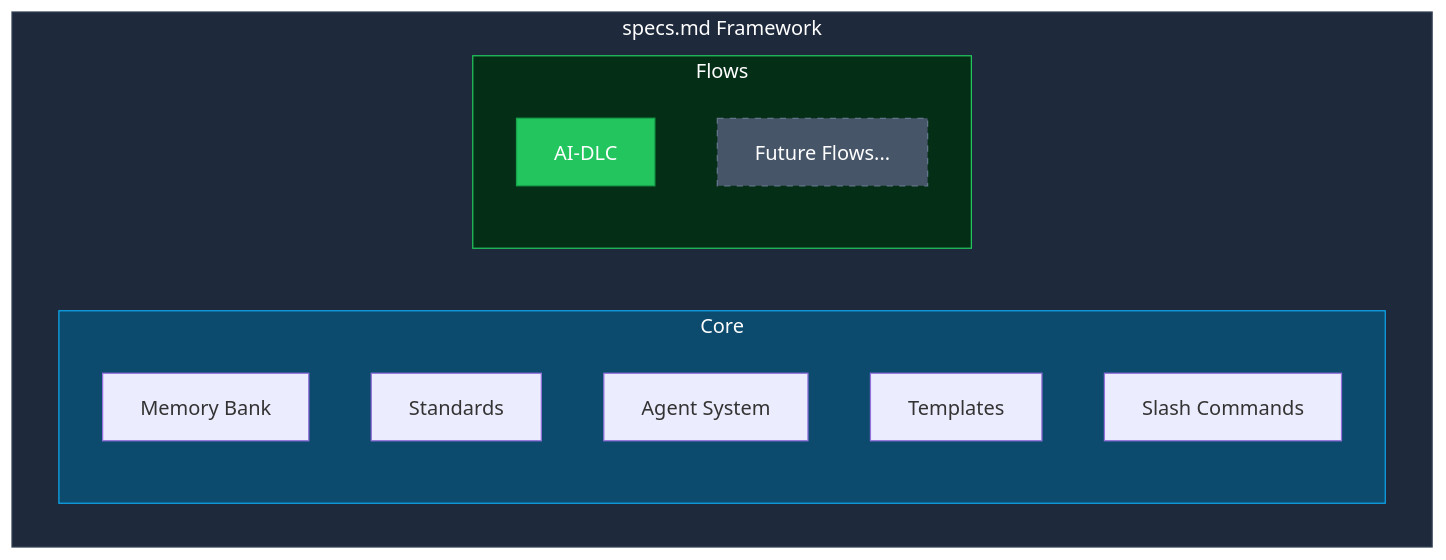
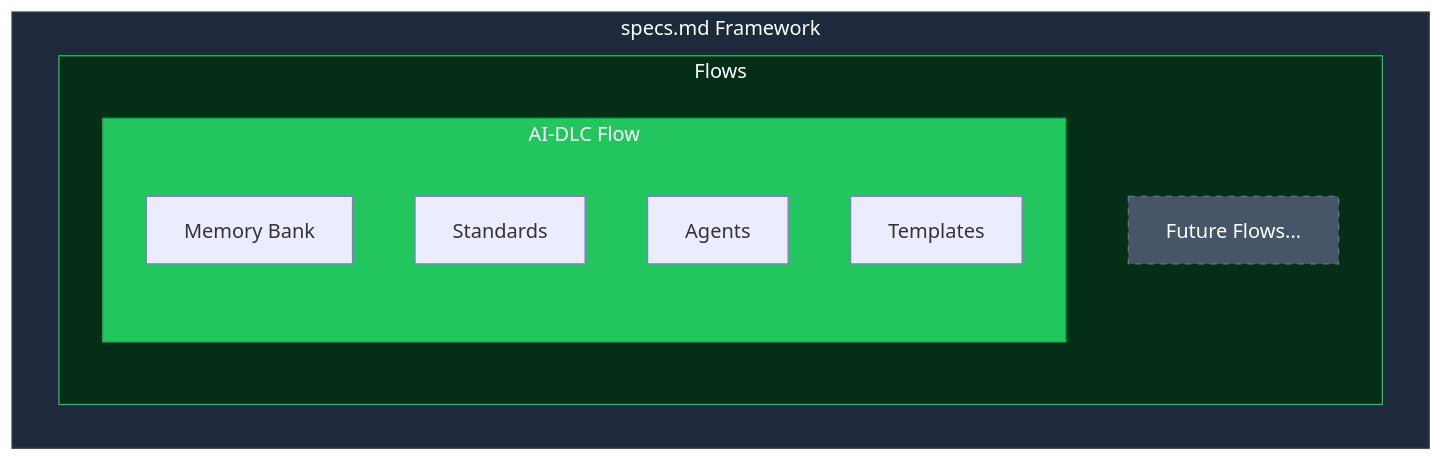
The first of 2 diagrams in docs.specs.md/architecture/flows.mdx (KiNgReX90/specsmd_turbo), drawn with Mermaid before and after one commit. The commit also changed other lines of this file and 18 other files, not shown here.

````diff
--- a/docs.specs.md/architecture/flows.mdx
+++ b/docs.specs.md/architecture/flows.mdx
@@ -10,22 +10,19 @@
 ```mermaid
 flowchart TB
     subgraph Framework[specs.md Framework]
-        subgraph Core[Core]
-            MB[Memory Bank]
-            ST[Standards]
-            AS[Agent System]
-            TM[Templates]
-            SC[Slash Commands]
-        end
         subgraph Flows[Flows]
-            AIDLC[AI-DLC]
+            subgraph AIDLC[AI-DLC Flow]
+                MB[Memory Bank]
+                ST[Standards]
+                AS[Agents]
+                TM[Templates]
+            end
             FF[Future Flows...]
         end
     end
 
     style Framework fill:#1E293B,stroke:#334155,color:#fff
-    style Core fill:#0C4A6E,stroke:#0EA5E9,color:#fff
     style Flows fill:#052E16,stroke:#22C55E,color:#fff
     style AIDLC fill:#22C55E,stroke:#16A34A,color:#fff
     style FF fill:#475569,stroke:#64748B,color:#fff,stroke-dasharray: 5 5
 ```
````
